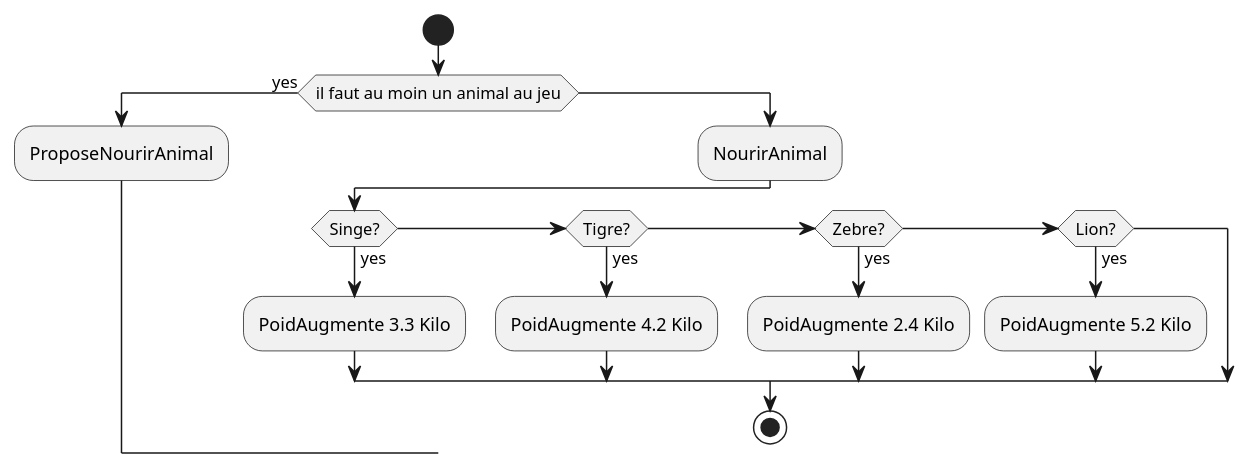
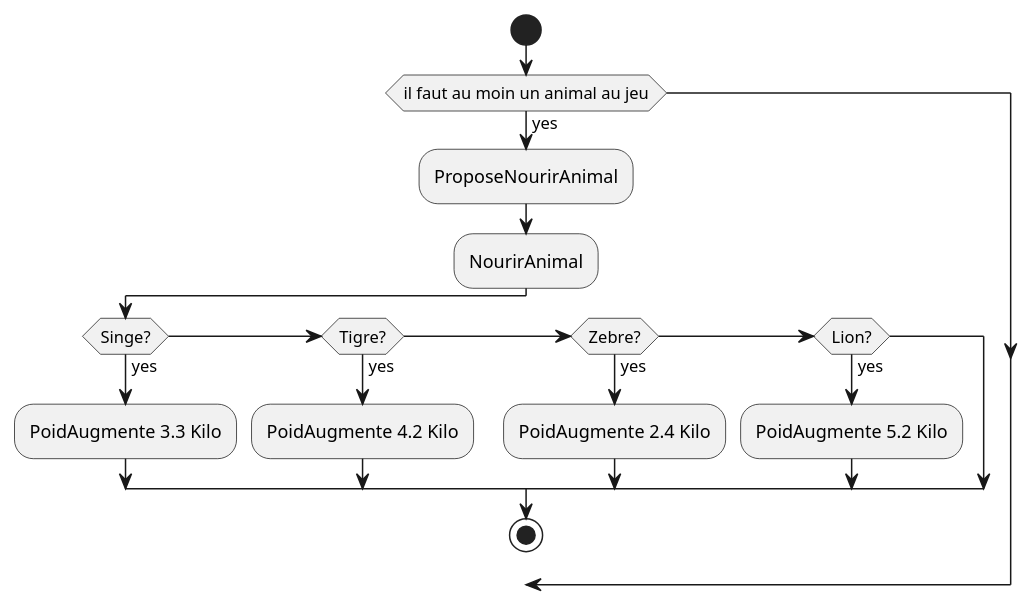
Before and after one commit to Idricealy/JeuZoo: the diagram in src/DocumentationActivite.md, drawn with PlantUML. The commit also changed 2 other files, not shown here.

Commit message:
Merge branch 'master' of https://github.com/Idricealy/JeuZoo.git

```diff
--- a/src/DocumentationActivite.md
+++ b/src/DocumentationActivite.md
@@ -1,27 +1,26 @@
 @startuml
 
 
 start
 
 if (il faut au moin un animal au jeu) then (yes)
 
 :ProposeNourirAnimal;
-else
 :NourirAnimal;
 
 
 
 if (Singe?) then (yes)
   :PoidAugmente 3.3 Kilo;
 elseif (Tigre?) then (yes)
   :PoidAugmente 4.2 Kilo;
   
 elseif (Zebre?) then (yes)
   :PoidAugmente 2.4 Kilo;
 elseif (Lion?) then (yes)
   :PoidAugmente 5.2 Kilo;
   
 endif
 
 stop
 @enduml
```
